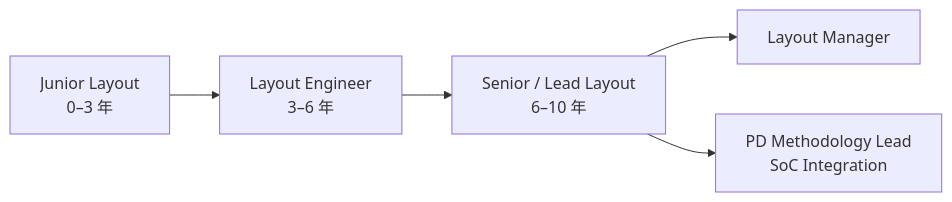
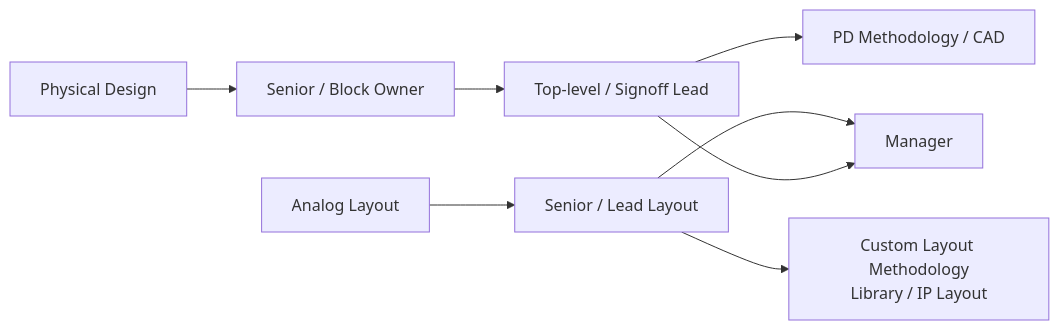
The second of 2 diagrams in docs/semi-jobs/02-layout.md (wizardhsiehcom/book), drawn with Mermaid before and after one commit. The commit also changed other lines of this file and 5 other files, not shown here.

````diff
--- a/docs/semi-jobs/02-layout.md
+++ b/docs/semi-jobs/02-layout.md
@@ -34,7 +63,10 @@
 ```mermaid
 flowchart LR
-    J["Junior Layout<br/>0–3 年"] --> L["Layout Engineer<br/>3–6 年"]
-    L --> SR["Senior / Lead Layout<br/>6–10 年"]
-    SR --> MGR["Layout Manager"]
-    SR --> PD["PD Methodology Lead<br/>SoC Integration"]
+    AL0["Analog Layout"] --> AL1["Senior / Lead Layout"]
+    AL1 --> CUS["Custom Layout Methodology<br/>Library / IP Layout"]
+    PD0["Physical Design"] --> PD1["Senior / Block Owner"]
+    PD1 --> TOP["Top-level / Signoff Lead"]
+    TOP --> METH["PD Methodology / CAD"]
+    AL1 --> MGR["Manager"]
+    TOP --> MGR
 ```
````
